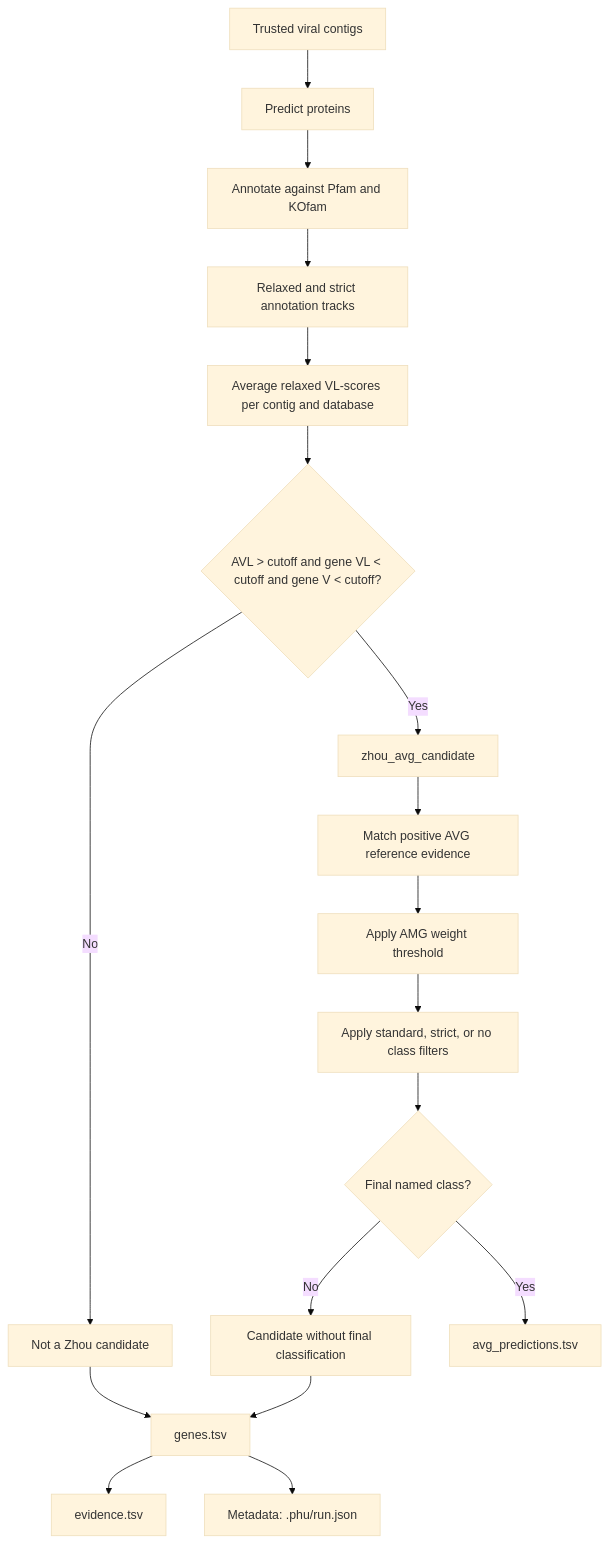
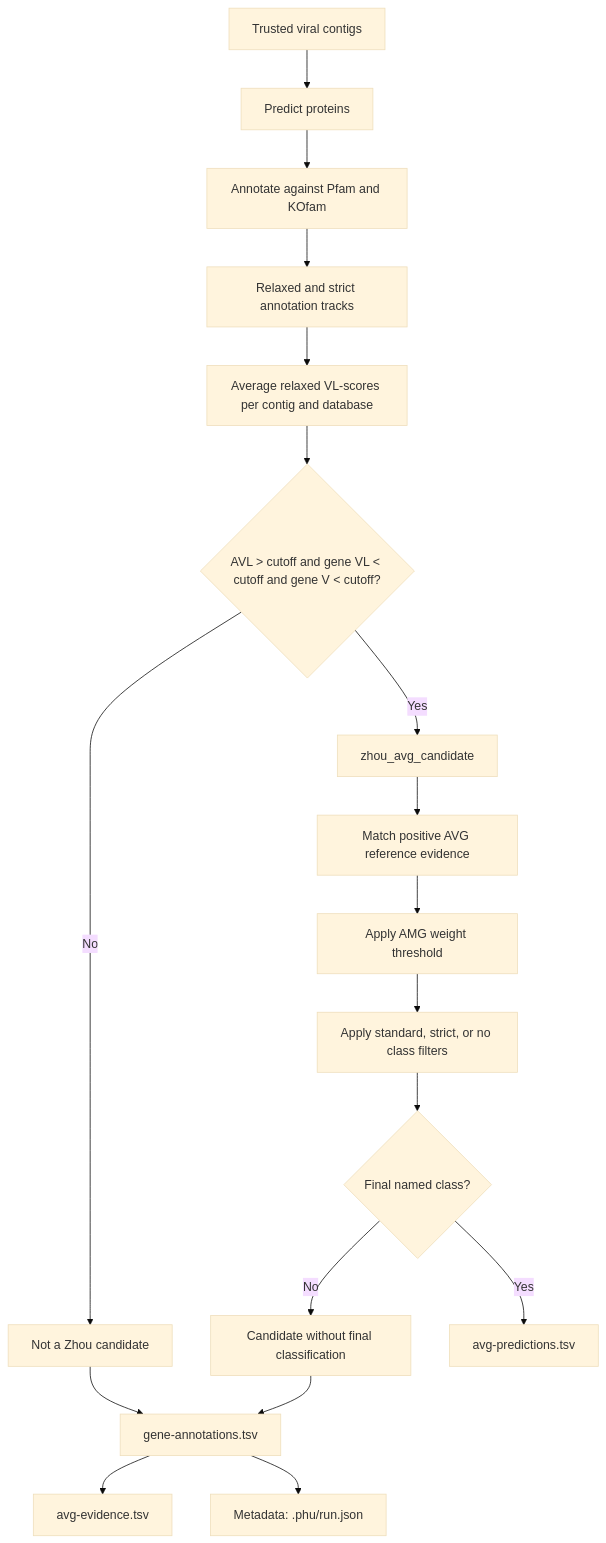
One commit to camilogarciabotero/phu changed the diagram in docs/commands/avger.md. Above: the diagram before and after it, drawn with Mermaid (base theme). The commit also changed other lines of this file and 6 other files, not shown here.

````diff
--- a/docs/commands/avger.md
+++ b/docs/commands/avger.md
@@ -268,20 +268,20 @@
 ```mermaid
 flowchart TD
     A[Trusted viral contigs] --> B[Predict proteins]
     B --> C[Annotate against Pfam and KOfam]
     C --> D[Relaxed and strict annotation tracks]
     D --> E[Average relaxed VL-scores per contig and database]
     E --> F{AVL > cutoff and gene VL < cutoff and gene V < cutoff?}
     F -->|No| G[Not a Zhou candidate]
     F -->|Yes| H[zhou_avg_candidate]
     H --> I[Match positive AVG reference evidence]
     I --> J[Apply AMG weight threshold]
     J --> K[Apply standard, strict, or no class filters]
     K --> L{Final named class?}
     L -->|No| M[Candidate without final classification]
-    L -->|Yes| N[avg_predictions.tsv]
-    G --> O[genes.tsv]
+    L -->|Yes| N[avg-predictions.tsv]
+    G --> O[gene-annotations.tsv]
     M --> O
-    O --> P[evidence.tsv]
+    O --> P[avg-evidence.tsv]
     O --> Q[Metadata: .phu/run.json]
 ```
````
